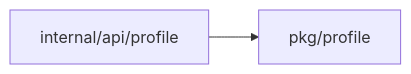
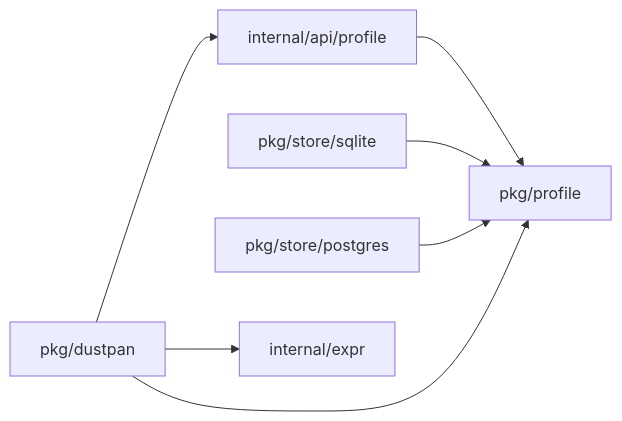
One commit to OpenDustpan/OpenDustpan changed the second of 3 diagrams in openspec/changes/open-profile-serve-open-sessions/design.md. Above: the diagram before and after it, drawn with Mermaid. The commit also changed other lines of this file and 4 other files, not shown here.

````diff
--- a/openspec/changes/open-profile-serve-open-sessions/design.md
+++ b/openspec/changes/open-profile-serve-open-sessions/design.md
@@ -48,6 +110,15 @@
 ```mermaid
 flowchart LR
 P1[pkg/profile]
 P2[internal/api/profile]
+P3[pkg/store/sqlite]
+P4[pkg/store/postgres]
+P5[internal/expr]
+P6[pkg/dustpan]
 P2 --> P1
+P3 --> P1
+P4 --> P1
+P6 --> P1
+P6 --> P2
+P6 --> P5
 ```
````
